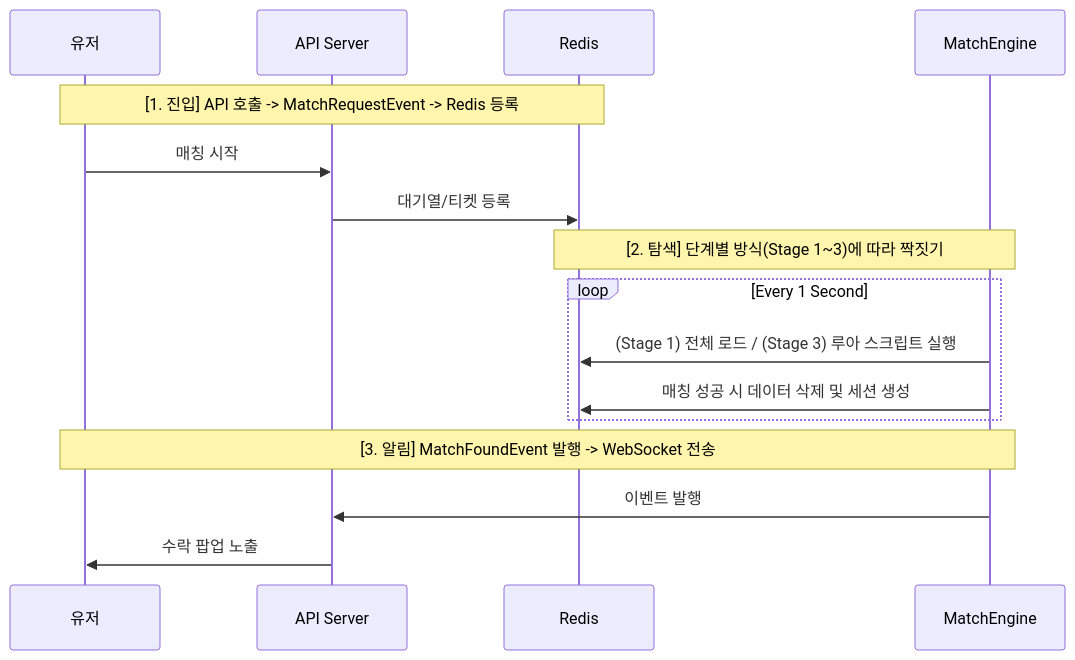
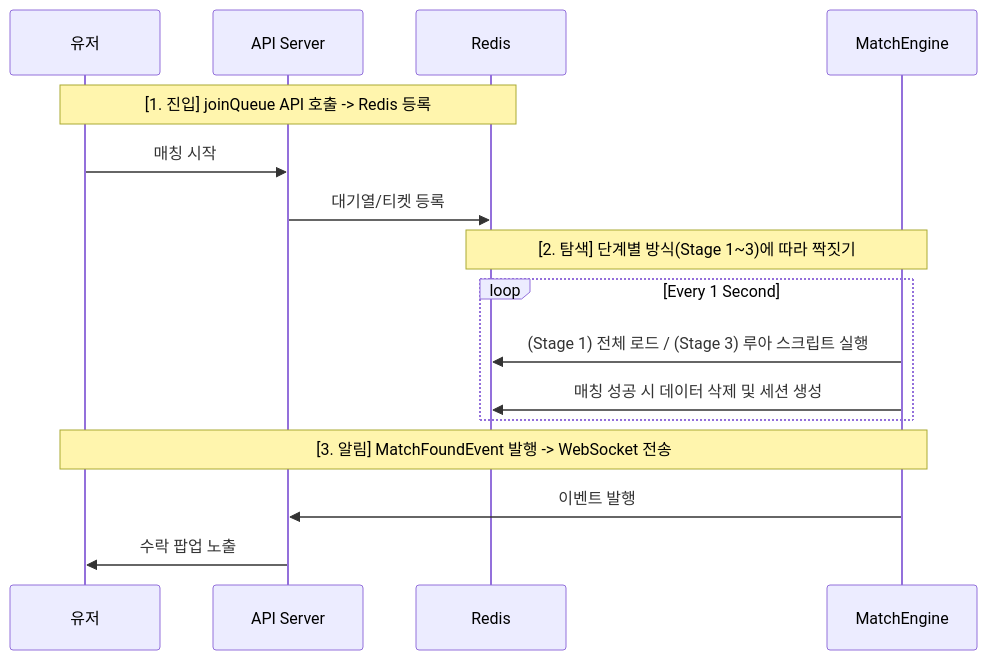
One commit to moonwhistle/League-of-Star changed the diagram in docs/project/matching.md. Above: the diagram before and after it, drawn with Mermaid. The commit also changed other lines of this file and 34 other files, not shown here.

````diff
--- a/docs/project/matching.md
+++ b/docs/project/matching.md
@@ -49,21 +53,21 @@
 ```mermaid
 sequenceDiagram
     participant User as 유저
     participant API as API Server
     participant Redis as Redis
     participant Engine as MatchEngine
 
-    Note over User, Redis: [1. 진입] API 호출 -> MatchRequestEvent -> Redis 등록
+    Note over User, Redis: [1. 진입] joinQueue API 호출 -> Redis 등록
     User->>API: 매칭 시작
     API->>Redis: 대기열/티켓 등록
 
     Note over Redis, Engine: [2. 탐색] 단계별 방식(Stage 1~3)에 따라 짝짓기
     loop Every 1 Second
         Engine->>Redis: (Stage 1) 전체 로드 / (Stage 3) 루아 스크립트 실행
         Engine->>Redis: 매칭 성공 시 데이터 삭제 및 세션 생성
     end
 
     Note over User, Engine: [3. 알림] MatchFoundEvent 발행 -> WebSocket 전송
     Engine->>API: 이벤트 발행
     API->>User: 수락 팝업 노출
 ```
````
